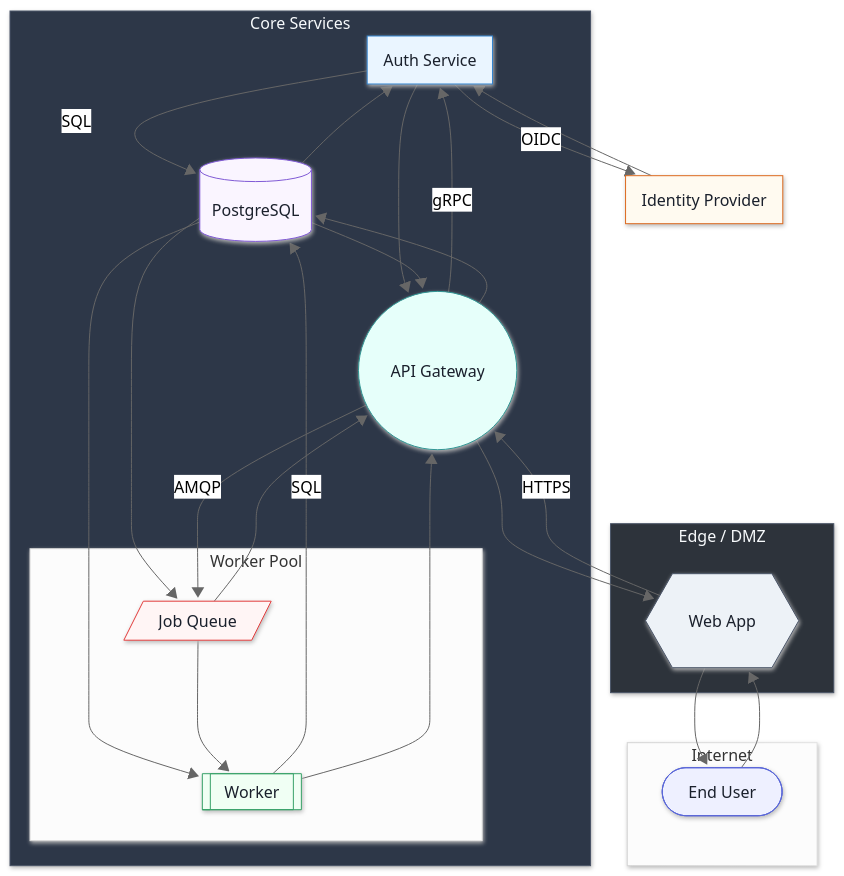
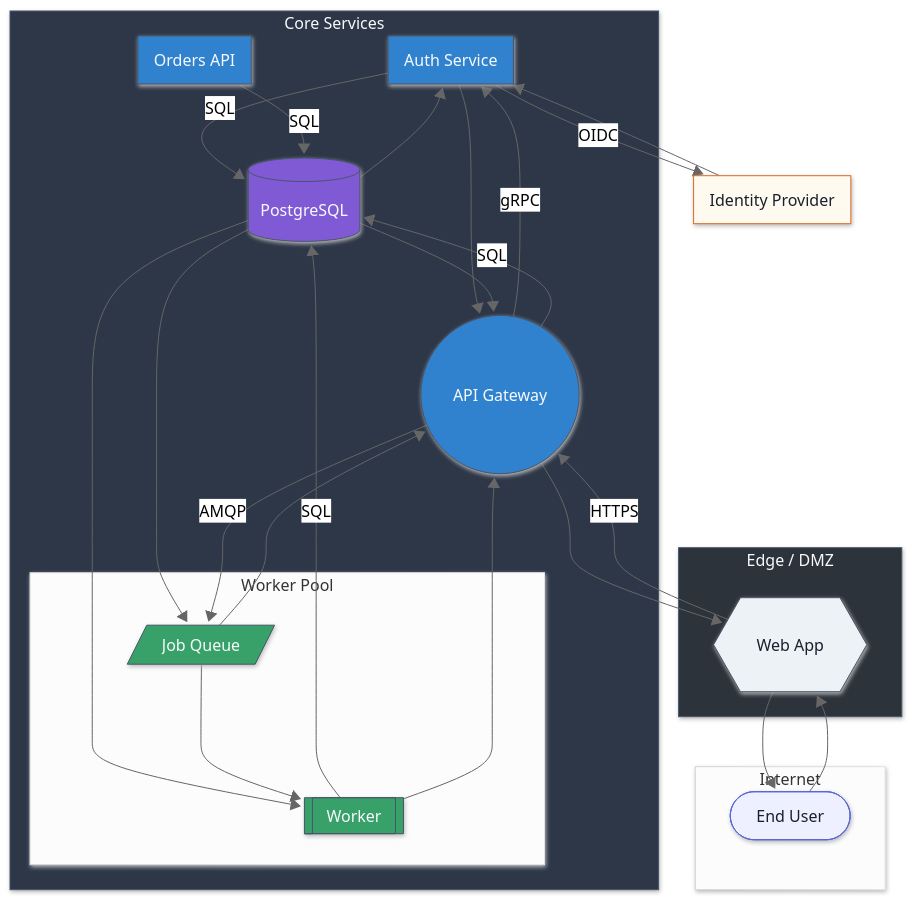
One commit to hallundbaek/archinix changed the diagram in docs/architecture.md. Above: the diagram before and after it, drawn with Mermaid (neutral theme). The commit also changed other lines of this file and 12 other files, not shown here.

````diff
--- a/docs/architecture.md
+++ b/docs/architecture.md
@@ -3,57 +3,66 @@
 ```mermaid
 %%{init: {"look":"neo"} }%%
 flowchart TD
 subgraph b_core["Core Services"]
 auth["Auth Service"]
 db[("PostgreSQL")]
 gateway(("API Gateway"))
+orders["Orders API"]
 subgraph b_core_workers["Worker Pool"]
 queue[/"Job Queue"/]
 worker[["Worker"]]
 end
 end
 subgraph b_edge["Edge / DMZ"]
 web{{"Web App"}}
 end
 idp["Identity Provider"]
 subgraph b_internet["Internet"]
 user(["End User"])
 end
 auth -->|"SQL"| db
 auth --> gateway
 auth -->|"OIDC"| idp
 db --> auth
 db --> gateway
 db --> queue
 db --> worker
 gateway -->|"gRPC"| auth
-gateway --> db
+gateway -->|"SQL"| db
 gateway -->|"AMQP"| queue
 gateway --> web
 idp --> auth
+orders -->|"SQL"| db
 queue --> gateway
 queue --> worker
 user --> web
 web -->|"HTTPS"| gateway
 web --> user
 worker -->|"SQL"| db
 worker --> gateway
 classDef actor fill:#eef0ff,stroke:#5a67d8,color:#1a202c
 classDef participant fill:#eaf5ff,stroke:#3182ce,color:#1a202c
 classDef boundary fill:#edf2f7,stroke:#4a5568,color:#1a202c
 classDef control fill:#e6fffa,stroke:#319795,color:#1a202c
 classDef entity fill:#fffaf0,stroke:#dd6b20,color:#1a202c
 classDef database fill:#faf5ff,stroke:#805ad5,color:#1a202c
 classDef collections fill:#f0fff4,stroke:#38a169,color:#1a202c
 classDef queue fill:#fff5f5,stroke:#e53e3e,color:#1a202c
 class user actor
 class web boundary
 class gateway control
 class auth participant
 class db database
 class idp entity
 class queue queue
 class worker collections
+class orders participant
+style auth fill:#3182ce,stroke:#4a5568,color:#f7fafc
+style db fill:#805ad5,stroke:#4a5568,color:#f7fafc
+style gateway fill:#3182ce,stroke:#4a5568,color:#f7fafc
+style orders fill:#3182ce,stroke:#4a5568,color:#f7fafc
+style queue fill:#38a169,stroke:#4a5568,color:#f7fafc
+style worker fill:#38a169,stroke:#4a5568,color:#f7fafc
 style b_core fill:#2D3748,stroke:#4a5568,color:#f7fafc
 style b_edge fill:#2d333b,stroke:#4a5568,color:#f7fafc
 ```
````
